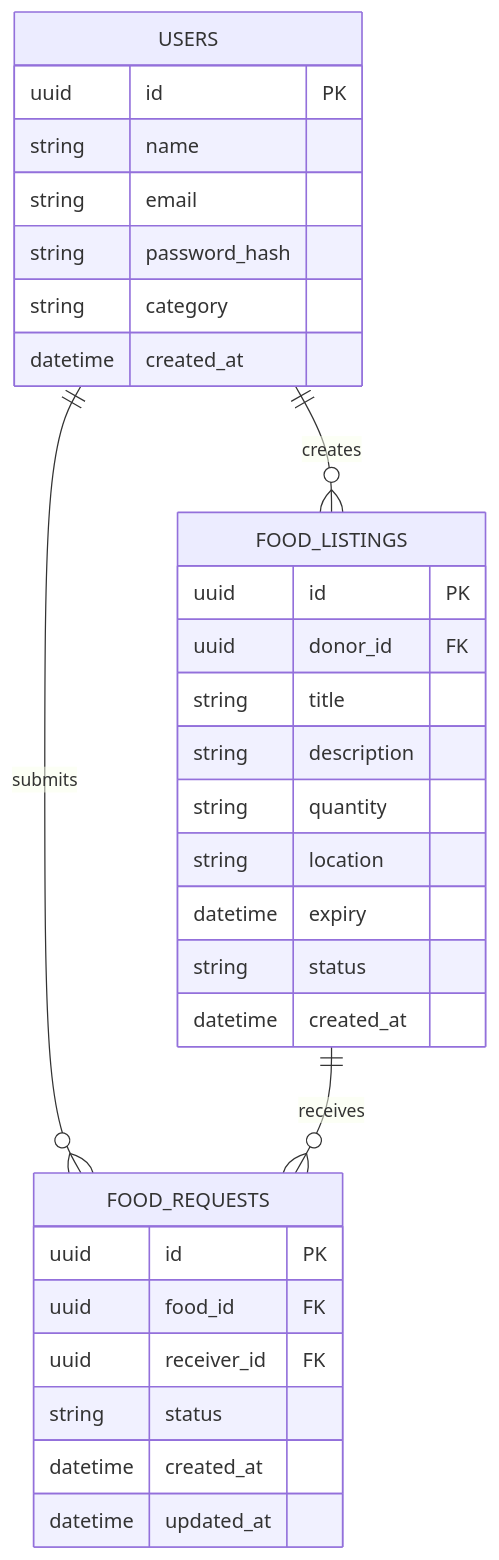
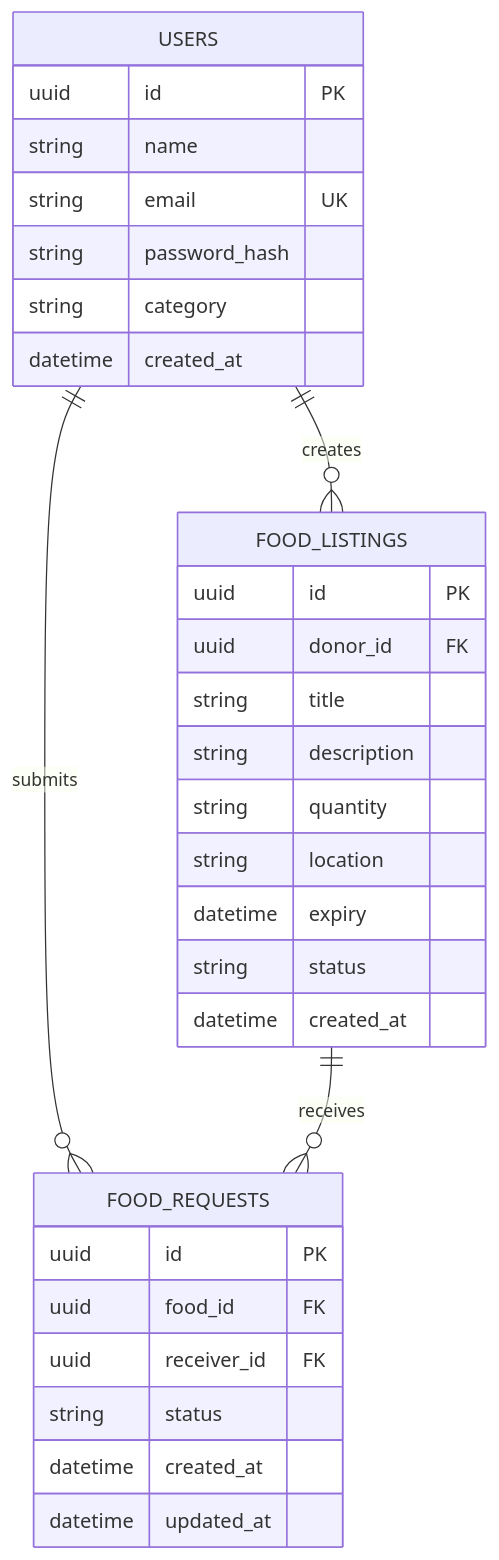
The ninth of 10 diagrams in README.md (sapna71/RePlate), drawn with Mermaid before and after one commit. The commit also changed other lines of this file, not shown here.

````diff
--- a/README.md
+++ b/README.md
@@ -262,37 +381,37 @@
 ```mermaid
 erDiagram
 
     USERS {
         uuid id PK
         string name
-        string email
+        string email UK
         string password_hash
         string category
         datetime created_at
     }
 
     FOOD_LISTINGS {
         uuid id PK
         uuid donor_id FK
         string title
         string description
         string quantity
         string location
         datetime expiry
         string status
         datetime created_at
     }
 
     FOOD_REQUESTS {
         uuid id PK
         uuid food_id FK
         uuid receiver_id FK
         string status
         datetime created_at
         datetime updated_at
     }
 
     USERS ||--o{ FOOD_LISTINGS : creates
     USERS ||--o{ FOOD_REQUESTS : submits
     FOOD_LISTINGS ||--o{ FOOD_REQUESTS : receives
 ```
````
